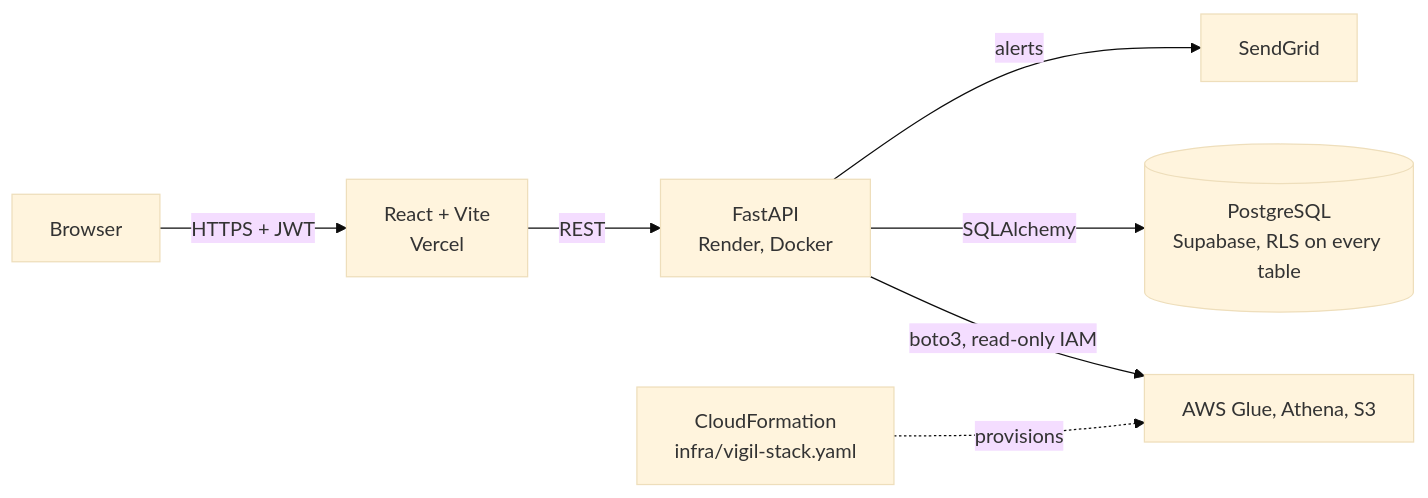
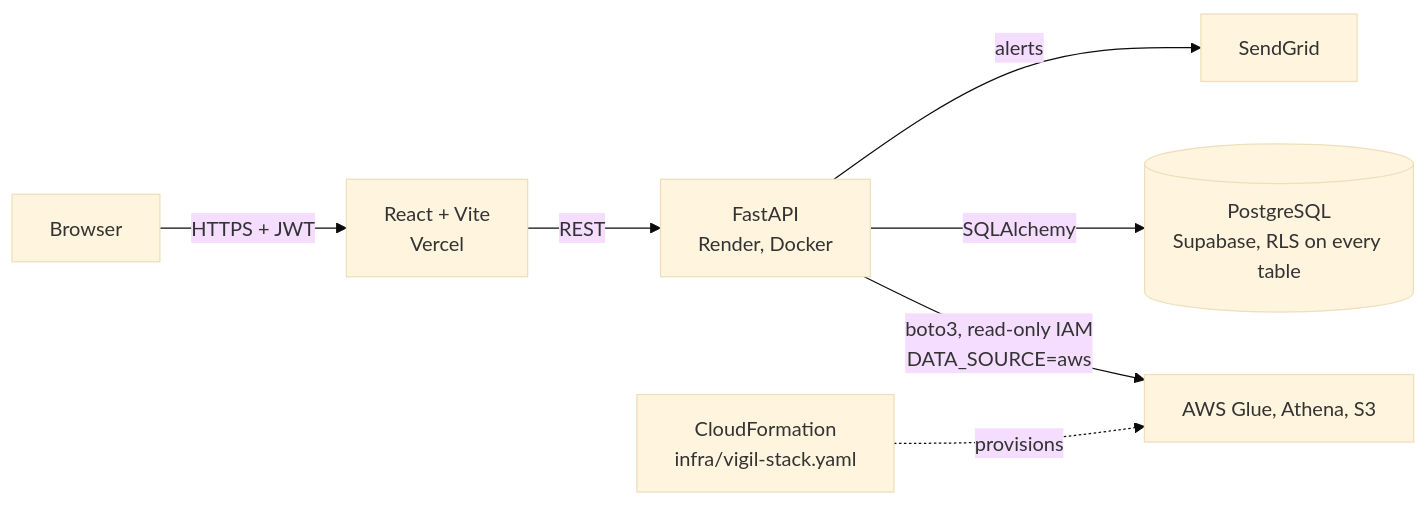
The diagram in README.md (kymanirjarrett/vigil), drawn with Mermaid (base theme) before and after one commit. The commit also changed other lines of this file, not shown here.

Commit message:
docs: update readme for sample data and close out roadmap

````diff
--- a/README.md
+++ b/README.md
@@ -41,9 +44,9 @@
 ```mermaid
 flowchart LR
     U[Browser] -->|HTTPS + JWT| FE[React + Vite<br/>Vercel]
     FE -->|REST| API[FastAPI<br/>Render, Docker]
-    API -->|boto3, read-only IAM| AWS[AWS Glue, Athena, S3]
+    API -->|boto3, read-only IAM<br/>DATA_SOURCE=aws| AWS[AWS Glue, Athena, S3]
     API -->|SQLAlchemy| DB[(PostgreSQL<br/>Supabase, RLS on every table)]
     API -->|alerts| SG[SendGrid]
     CF[CloudFormation<br/>infra/vigil-stack.yaml] -.provisions.-> AWS
 ```
````
